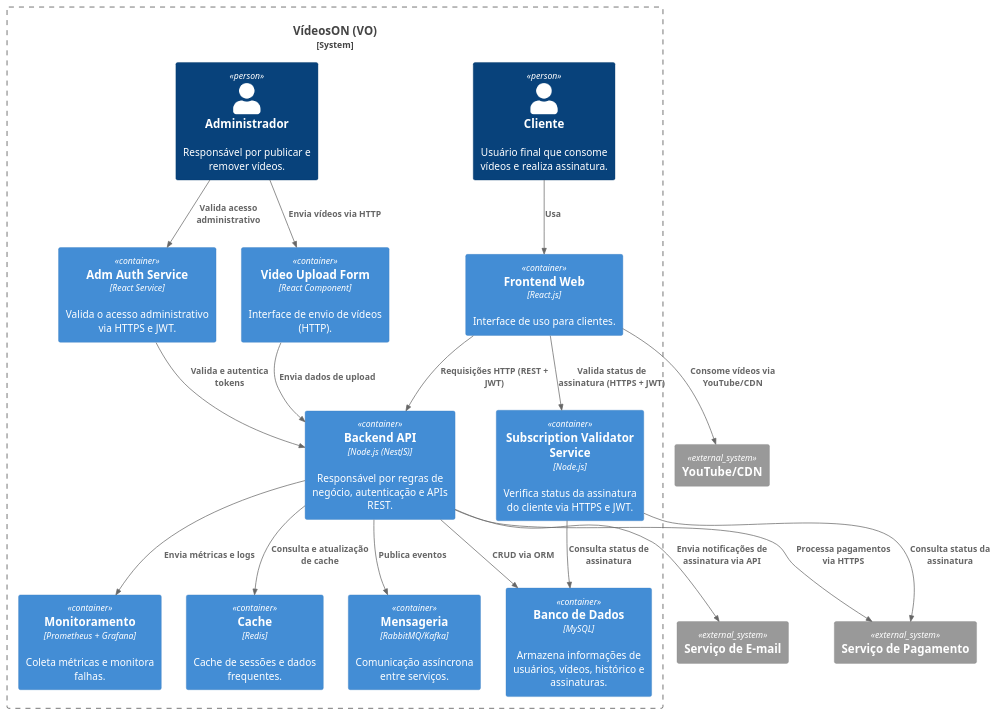
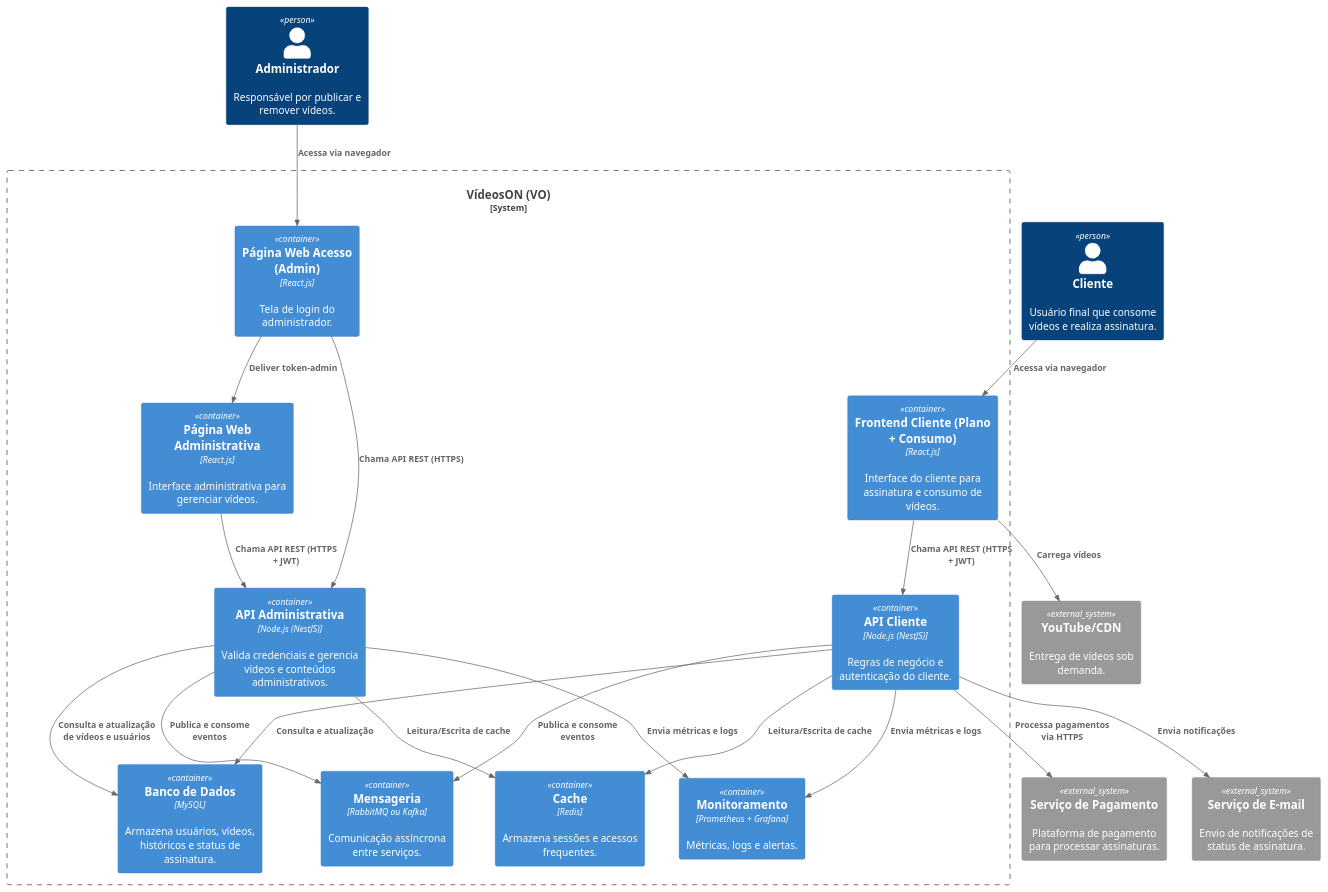
The diagram in Containers.plantuml (MarieleV/n2-arqSoftware), drawn with PlantUML before and after one commit. The commit also changed 1 other file, not shown here.

Commit message:
atualização diagrama de container

```diff
--- a/Containers.plantuml
+++ b/Containers.plantuml
@@ -1,48 +1,58 @@
 @startuml
 
 '!includeurl C:\Users\silva\Desktop\n2-arq\n2-arqSoftware\C4-PlantUML
 !include <c4/C4_Container.puml>  
 ' Definindo o sistema principal
+
+
+' Atores externos
+Person(admin, "Administrador", "Responsável por publicar e remover vídeos.")
+Person(cliente, "Cliente", "Usuário final que consome vídeos e realiza assinatura.")
+
 System_Boundary(s1, "VídeosON (VO)") {
 
-  ' Atores externos
-  Person(cliente, "Cliente", "Usuário final que consome vídeos e realiza assinatura.")
-  Person(admin, "Administrador", "Responsável por publicar e remover vídeos.")
 
-  ' Containers internos
-  Container(frontend, "Frontend Web", "React.js", "Interface de uso para clientes.")
-  Container(adm_auth, "Adm Auth Service", "React Service", "Valida o acesso administrativo via HTTPS e JWT.")
-  Container(video_form, "Video Upload Form", "React Component", "Interface de envio de vídeos (HTTP).")
-  Container(backend, "Backend API", "Node.js (NestJS)", "Responsável por regras de negócio, autenticação e APIs REST.")
-  Container(db, "Banco de Dados", "MySQL", "Armazena informações de usuários, vídeos, histórico e assinaturas.")
-  Container(redis, "Cache", "Redis", "Cache de sessões e dados frequentes.")
-  Container(mq, "Mensageria", "RabbitMQ/Kafka", "Comunicação assíncrona entre serviços.")
-  Container(monitoramento, "Monitoramento", "Prometheus + Grafana", "Coleta métricas e monitora falhas.")
-  Container(sub_validator, "Subscription Validator Service", "Node.js", "Verifica status da assinatura do cliente via HTTPS e JWT.")
+' Admin - dividido com API unificada
+Container(webAcessoAdmin, "Página Web Acesso (Admin)", "React.js", "Tela de login do administrador.")
+Container(webAdm, "Página Web Administrativa", "React.js", "Interface administrativa para gerenciar vídeos.")
+Container(apiAdminUnificada, "API Administrativa", "Node.js (NestJS)", "Valida credenciais e gerencia vídeos e conteúdos administrativos.")
 
-  ' Conexões internas
-  Rel(cliente, frontend, "Usa")
-  Rel(admin, adm_auth, "Valida acesso administrativo")
-  Rel(admin, video_form, "Envia vídeos via HTTP")
-  Rel(frontend, backend, "Requisições HTTP (REST + JWT)")
-  Rel(frontend, sub_validator, "Valida status de assinatura (HTTPS + JWT)")
-  Rel(adm_auth, backend, "Valida e autentica tokens")
-  Rel(video_form, backend, "Envia dados de upload")
-  Rel(backend, db, "CRUD via ORM")
-  Rel(sub_validator, db, "Consulta status de assinatura")
-  Rel(backend, redis, "Consulta e atualização de cache")
-  Rel(backend, mq, "Publica eventos")
-  Rel(backend, monitoramento, "Envia métricas e logs")
+' Cliente
+Container(frontendCliente, "Frontend Cliente (Plano + Consumo)", "React.js", "Interface do cliente para assinatura e consumo de vídeos.")
+Container(apiCliente, "API Cliente", "Node.js (NestJS)", "Regras de negócio e autenticação do cliente.")
+
+
+' Infraestrutura
+Container(db, "Banco de Dados", "MySQL", "Armazena usuários, vídeos, históricos e status de assinatura.")
+Container(cache, "Cache", "Redis", "Armazena sessões e acessos frequentes.")
+Container(mq, "Mensageria", "RabbitMQ ou Kafka", "Comunicação assíncrona entre serviços.")
+Container(monitoramento, "Monitoramento", "Prometheus + Grafana", "Métricas, logs e alertas.")
 }
 
-' Serviços externos
-System_Ext(pagamento, "Serviço de Pagamento")
-System_Ext(email, "Serviço de E-mail")
-System_Ext(streaming, "YouTube/CDN")
+' Sistemas externos
+System_Ext(pagamento, "Serviço de Pagamento", "Plataforma de pagamento para processar assinaturas.")
+System_Ext(email, "Serviço de E-mail", "Envio de notificações de status de assinatura.")
+System_Ext(streaming, "YouTube/CDN", "Entrega de vídeos sob demanda.")
 
-Rel(backend, pagamento, "Processa pagamentos via HTTPS")
-Rel(backend, email, "Envia notificações de assinatura via API")
-Rel(frontend, streaming, "Consome vídeos via YouTube/CDN")
-Rel(sub_validator, pagamento, "Consulta status da assinatura")
+' Relacionamentos Cliente
+Rel(cliente, frontendCliente, "Acessa via navegador")
+Rel(frontendCliente, apiCliente, "Chama API REST (HTTPS + JWT)")
+Rel(apiCliente, db, "Consulta e atualização")
+Rel(apiCliente, cache, "Leitura/Escrita de cache")
+Rel(apiCliente, mq, "Publica e consome eventos")
+Rel(apiCliente, monitoramento, "Envia métricas e logs")
+Rel(apiCliente, pagamento, "Processa pagamentos via HTTPS")
+Rel(apiCliente, email, "Envia notificações")
+Rel(frontendCliente, streaming, "Carrega vídeos")
+
+' Relacionamentos Admin
+Rel(admin, webAcessoAdmin, "Acessa via navegador")
+Rel(webAcessoAdmin, apiAdminUnificada, "Chama API REST (HTTPS)")
+Rel(webAcessoAdmin, webAdm, "Deliver token-admin")
+Rel(webAdm, apiAdminUnificada, "Chama API REST (HTTPS + JWT)")
+Rel(apiAdminUnificada, db, "Consulta e atualização de vídeos e usuários")
+Rel(apiAdminUnificada, cache, "Leitura/Escrita de cache")
+Rel(apiAdminUnificada, mq, "Publica e consome eventos")
+Rel(apiAdminUnificada, monitoramento, "Envia métricas e logs")
 
 @enduml
```
